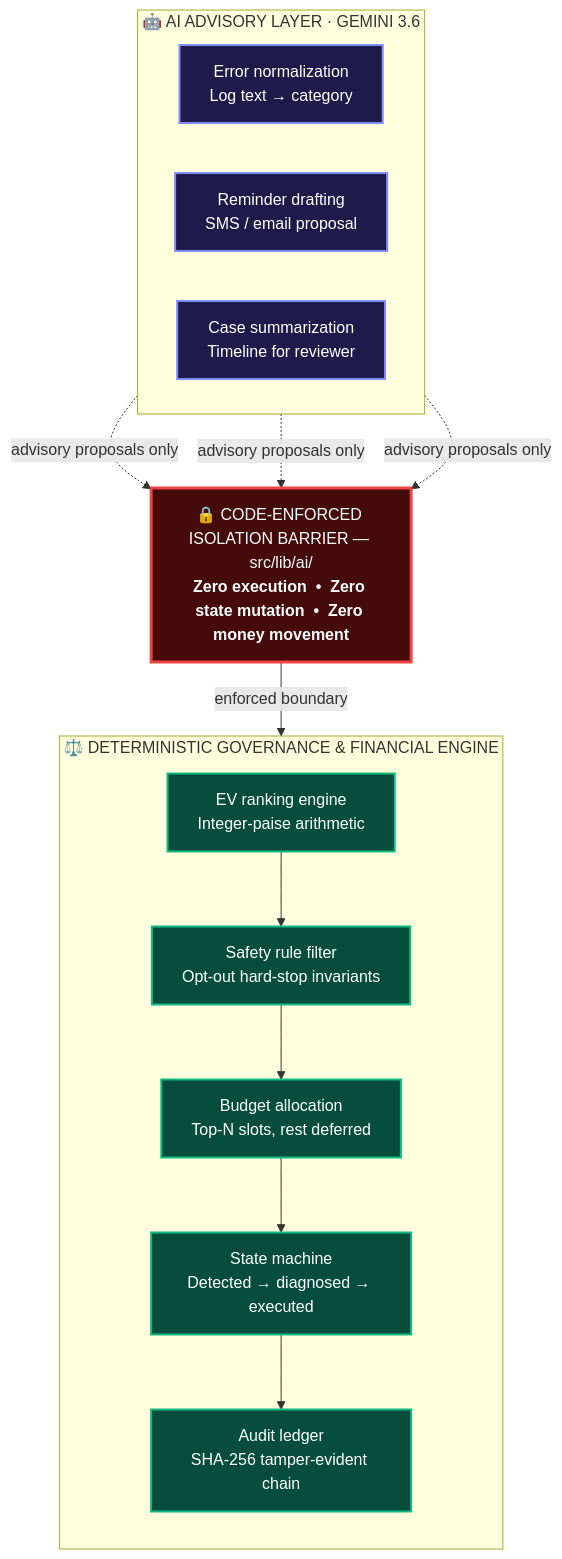
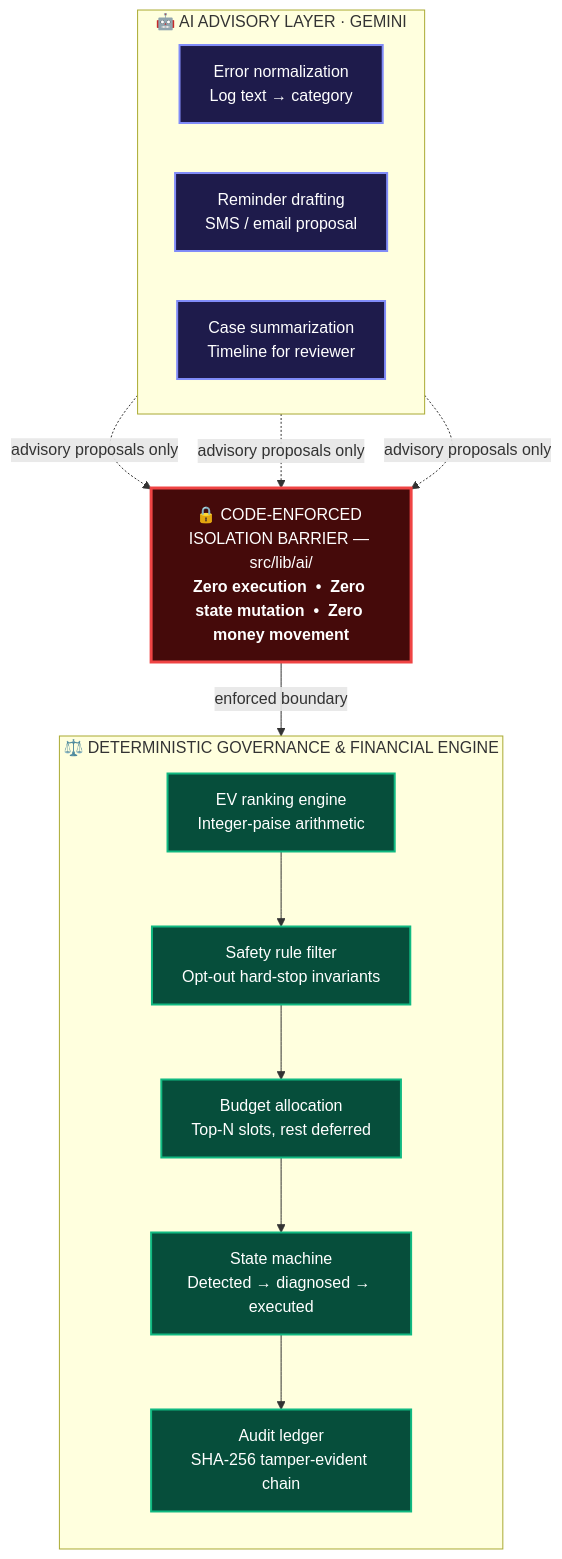
Before and after one commit to skmdshariff143-ai/recoverflow-ai: the second of 2 diagrams in README.md, drawn with Mermaid. The commit also changed other lines of this file and 6 other files, not shown here.

Commit message:
docs: overhaul portfolio documentation, architecture, threat model, and interview prep

````diff
--- a/README.md
+++ b/README.md
@@ -143,28 +103,28 @@
 ```mermaid
 flowchart TD
     classDef advisoryNode fill:#1e1b4b,stroke:#818cf8,stroke-width:2px,color:#fff;
     classDef barrierNode fill:#450a0a,stroke:#ef4444,stroke-width:3px,color:#fff;
     classDef deterministicNode fill:#064e3b,stroke:#10b981,stroke-width:2px,color:#fff;
 
-    subgraph AI_LAYER["🤖 AI ADVISORY LAYER · GEMINI 3.6"]
+    subgraph AI_LAYER["🤖 AI ADVISORY LAYER · GEMINI"]
         direction LR
         A1["Error normalization<br/>Log text → category"]:::advisoryNode
         A2["Reminder drafting<br/>SMS / email proposal"]:::advisoryNode
         A3["Case summarization<br/>Timeline for reviewer"]:::advisoryNode
     end
 
     BARRIER["🔒 CODE-ENFORCED ISOLATION BARRIER — src/lib/ai/<br/><b>Zero execution &nbsp;•&nbsp; Zero state mutation &nbsp;•&nbsp; Zero money movement</b>"]:::barrierNode
 
     subgraph CORE_LAYER["⚖️ DETERMINISTIC GOVERNANCE & FINANCIAL ENGINE"]
         direction TB
         C1["EV ranking engine<br/>Integer-paise arithmetic"]:::deterministicNode
         C2["Safety rule filter<br/>Opt-out hard-stop invariants"]:::deterministicNode
         C3["Budget allocation<br/>Top-N slots, rest deferred"]:::deterministicNode
         C4["State machine<br/>Detected → diagnosed → executed"]:::deterministicNode
         C5["Audit ledger<br/>SHA-256 tamper-evident chain"]:::deterministicNode
         C1 --> C2 --> C3 --> C4 --> C5
     end
 
     A1 & A2 & A3 -. "advisory proposals only" .-> BARRIER
     BARRIER --> |"enforced boundary"| C1
 ```
````
